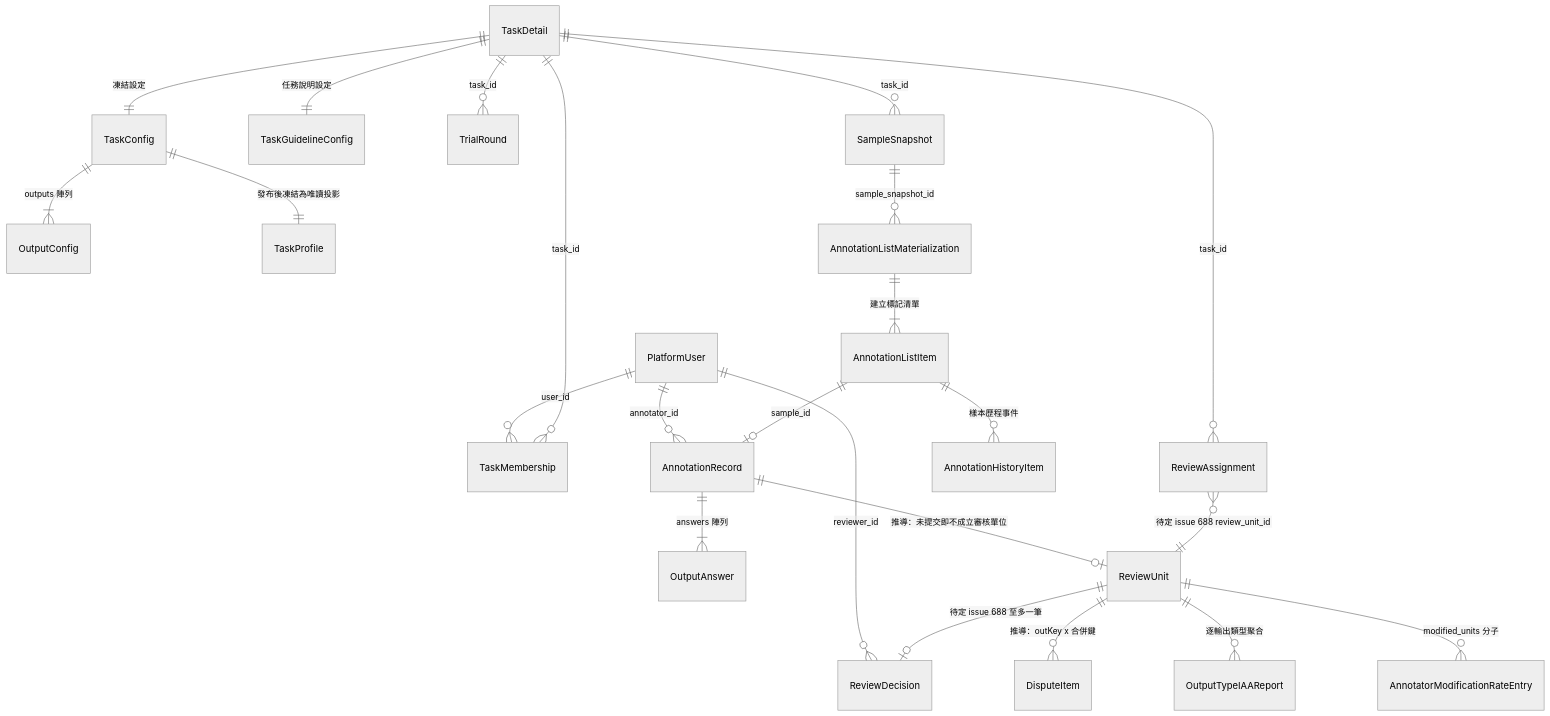
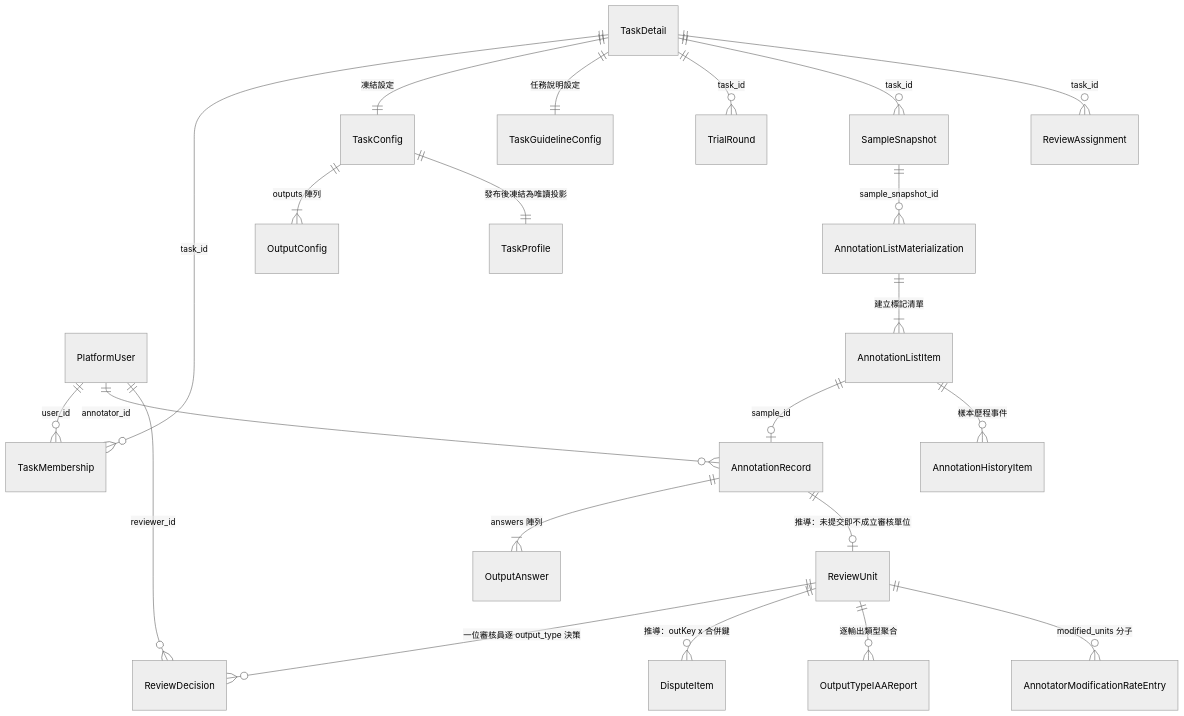
Before and after one commit to singyichen/label-suite: the first of 6 diagrams in docs/diagrams/architecture/core-data-model-er.md, drawn with Mermaid (neutral theme). The commit also changed other lines of this file and 6 other files, not shown here.

````diff
--- a/docs/diagrams/architecture/core-data-model-er.md
+++ b/docs/diagrams/architecture/core-data-model-er.md
@@ -33,31 +35,30 @@
 ```mermaid
 erDiagram
     PlatformUser  ||--o{ TaskMembership : "user_id"
     PlatformUser  ||--o{ AnnotationRecord : "annotator_id"
     PlatformUser  ||--o{ ReviewDecision : "reviewer_id"
 
     TaskDetail    ||--o{ TaskMembership : "task_id"
     TaskDetail    ||--|| TaskConfig : "凍結設定"
     TaskDetail    ||--|| TaskGuidelineConfig : "任務說明設定"
     TaskDetail    ||--o{ TrialRound : "task_id"
     TaskDetail    ||--o{ SampleSnapshot : "task_id"
     TaskDetail    ||--o{ ReviewAssignment : "task_id"
 
     TaskConfig    ||--|{ OutputConfig : "outputs 陣列"
     TaskConfig    ||--|| TaskProfile : "發布後凍結為唯讀投影"
 
     SampleSnapshot ||--o{ AnnotationListMaterialization : "sample_snapshot_id"
     AnnotationListMaterialization ||--|{ AnnotationListItem : "建立標記清單"
 
     AnnotationListItem ||--o| AnnotationRecord : "sample_id"
     AnnotationListItem ||--o{ AnnotationHistoryItem : "樣本歷程事件"
     AnnotationRecord   ||--|{ OutputAnswer : "answers 陣列"
 
     AnnotationRecord ||--o| ReviewUnit : "推導：未提交即不成立審核單位"
-    ReviewUnit  ||--o| ReviewDecision : "待定 issue 688 至多一筆"
+    ReviewUnit  ||--o{ ReviewDecision : "一位審核員逐 output_type 決策"
     ReviewUnit  ||--o{ DisputeItem : "推導：outKey x 合併鍵"
-    ReviewAssignment }o--|| ReviewUnit : "待定 issue 688 review_unit_id"
 
     ReviewUnit ||--o{ OutputTypeIAAReport : "逐輸出類型聚合"
     ReviewUnit ||--o{ AnnotatorModificationRateEntry : "modified_units 分子"
 ```
````
